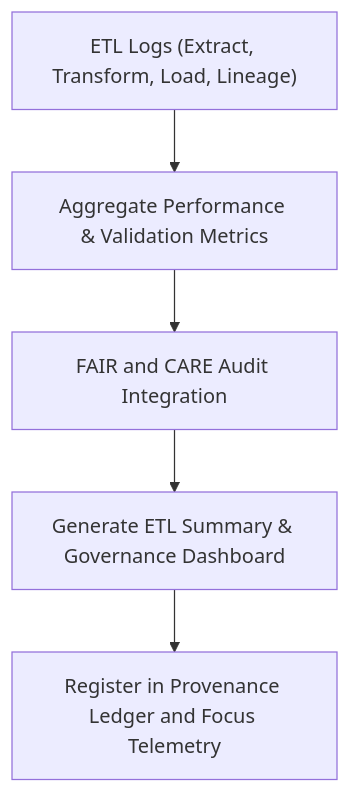
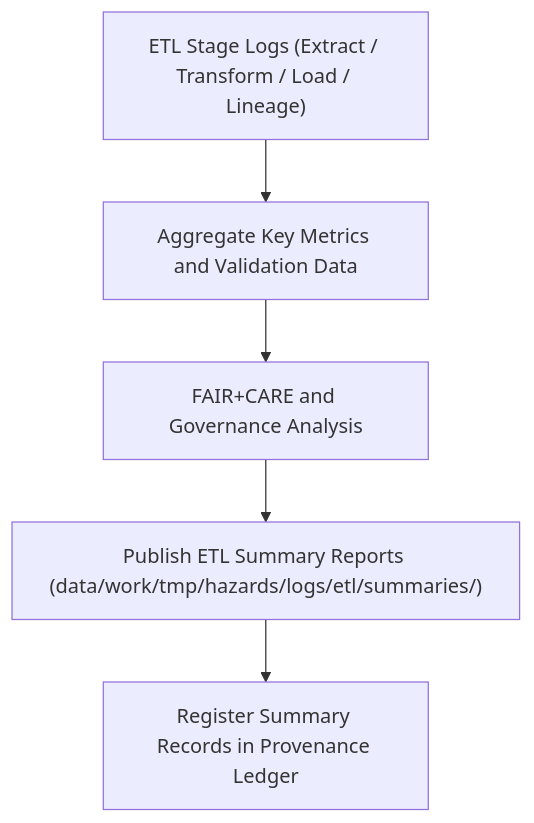
The diagram in data/work/tmp/hazards/logs/etl/summaries/README.md (bartytime4life/Kansas-Frontier-Matrix), drawn with Mermaid before and after one commit. The commit also changed other lines of this file, not shown here.

````diff
--- a/data/work/tmp/hazards/logs/etl/summaries/README.md
+++ b/data/work/tmp/hazards/logs/etl/summaries/README.md
@@ -68,7 +65,7 @@
 ```mermaid
 flowchart TD
-    A["ETL Logs (Extract, Transform, Load, Lineage)"] --> B["Aggregate Performance & Validation Metrics"]
-    B --> C["FAIR and CARE Audit Integration"]
-    C --> D["Generate ETL Summary & Governance Dashboard"]
-    D --> E["Register in Provenance Ledger and Focus Telemetry"]
+    A["ETL Stage Logs (Extract / Transform / Load / Lineage)"] --> B["Aggregate Key Metrics and Validation Data"]
+    B --> C["FAIR+CARE and Governance Analysis"]
+    C --> D["Publish ETL Summary Reports (data/work/tmp/hazards/logs/etl/summaries/)"]
+    D --> E["Register Summary Records in Provenance Ledger"]
 ```
````
